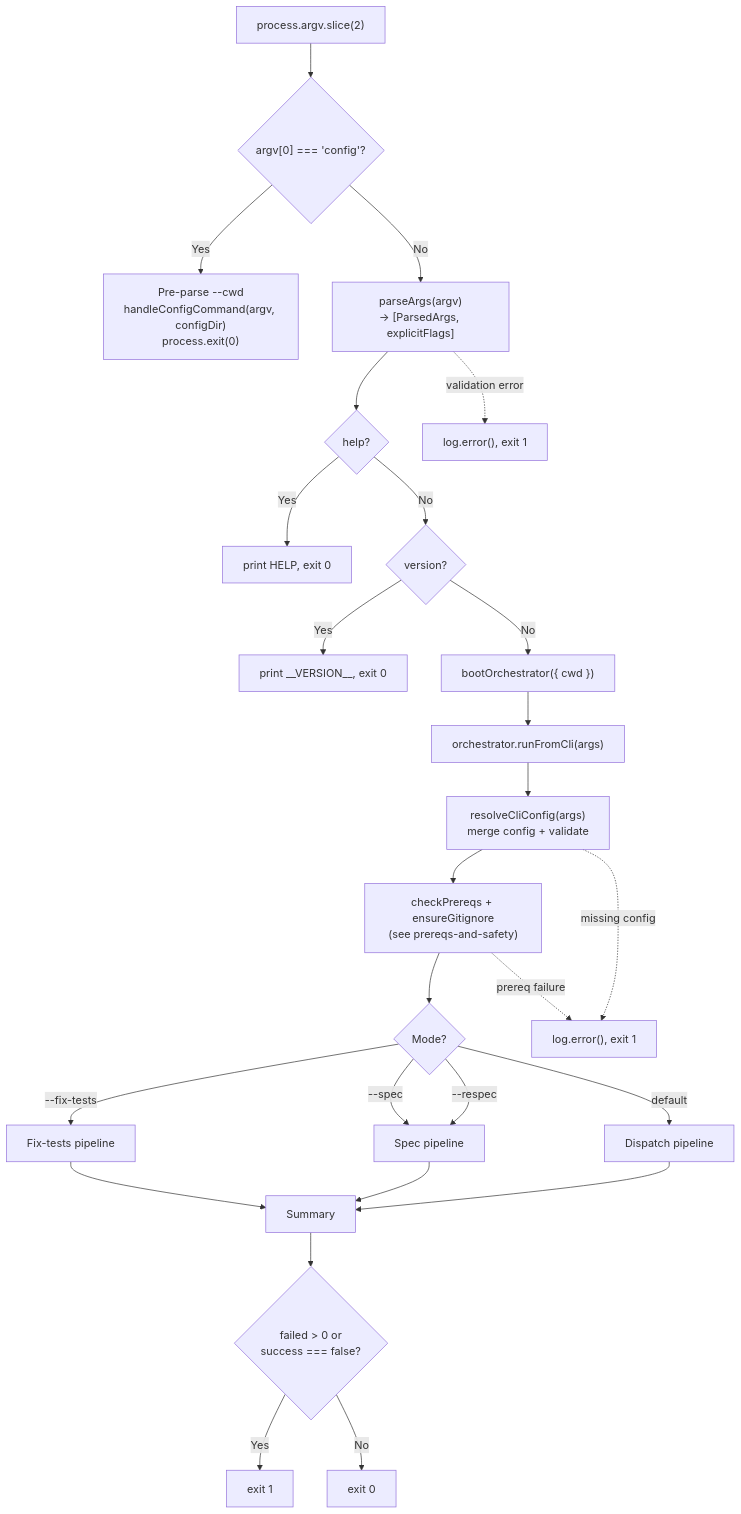
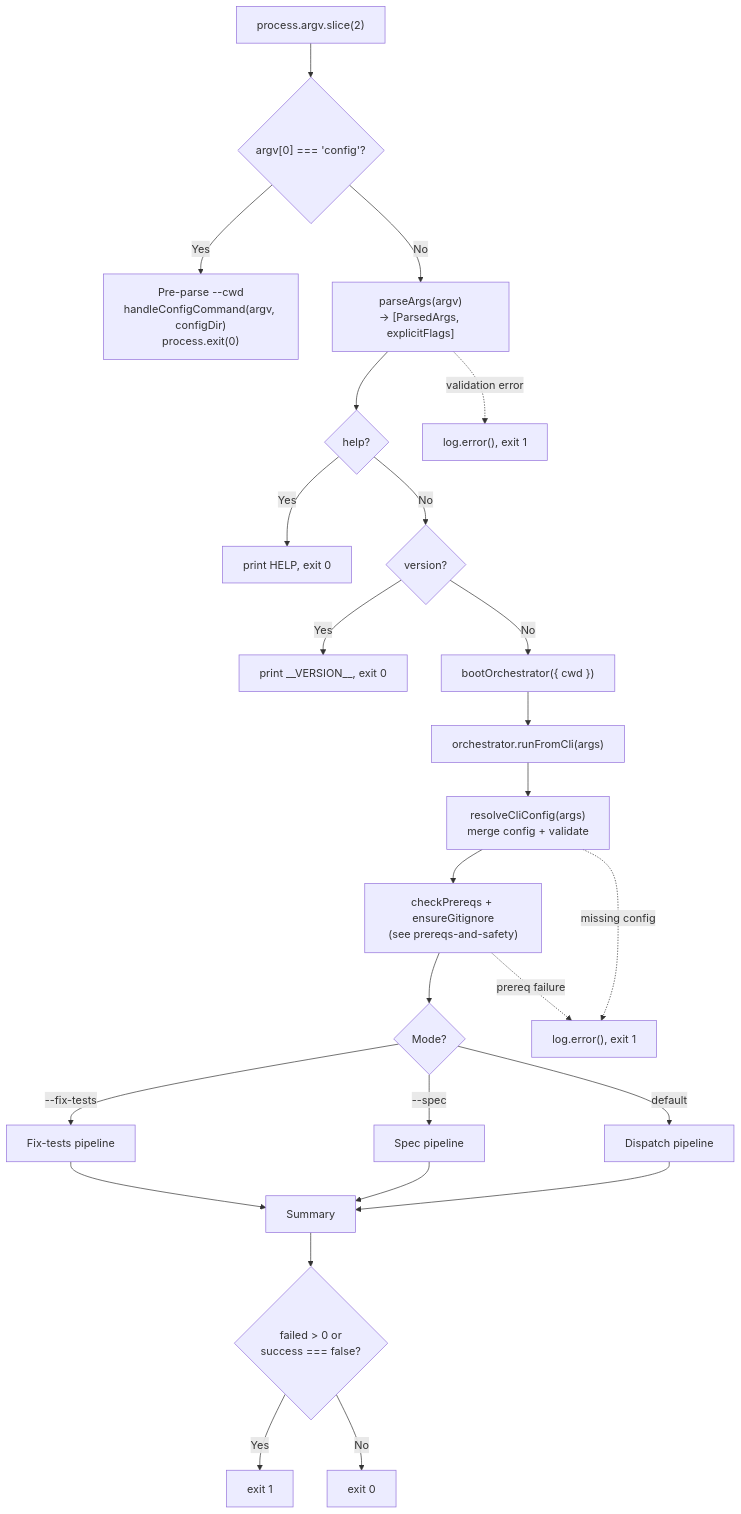
Before and after one commit to PatrickRuddiman/Dispatch: the second of 2 diagrams in docs/cli-orchestration/cli.md, drawn with Mermaid. The commit also changed other lines of this file and 3 other files, not shown here.

````diff
--- a/docs/cli-orchestration/cli.md
+++ b/docs/cli-orchestration/cli.md
@@ -371,28 +367,27 @@
 ```mermaid
 flowchart TD
     A["process.argv.slice(2)"] --> B{"argv[0] === 'config'?"}
     B -->|Yes| C["Pre-parse --cwd<br/>handleConfigCommand(argv, configDir)<br/>process.exit(0)"]
     B -->|No| D["parseArgs(argv)<br/>-> [ParsedArgs, explicitFlags]"]
     D --> E{"help?"}
     E -->|Yes| F["print HELP, exit 0"]
     E -->|No| G{"version?"}
     G -->|Yes| H["print __VERSION__, exit 0"]
     G -->|No| I["bootOrchestrator({ cwd })"]
     I --> J["orchestrator.runFromCli(args)"]
     J --> K["resolveCliConfig(args)<br/>merge config + validate"]
     K --> L["checkPrereqs + ensureGitignore<br/>(see prereqs-and-safety)"]
     L --> M{"Mode?"}
     M -->|--fix-tests| N["Fix-tests pipeline"]
     M -->|--spec| O["Spec pipeline"]
-    M -->|--respec| O
     M -->|default| P["Dispatch pipeline"]
     N --> Q["Summary"]
     O --> Q
     P --> Q
     Q --> R{"failed > 0 or<br/>success === false?"}
     R -->|Yes| S["exit 1"]
     R -->|No| T["exit 0"]
     D -.->|validation error| U["log.error(), exit 1"]
     K -.->|missing config| V["log.error(), exit 1"]
     L -.->|prereq failure| V
 ```
````
